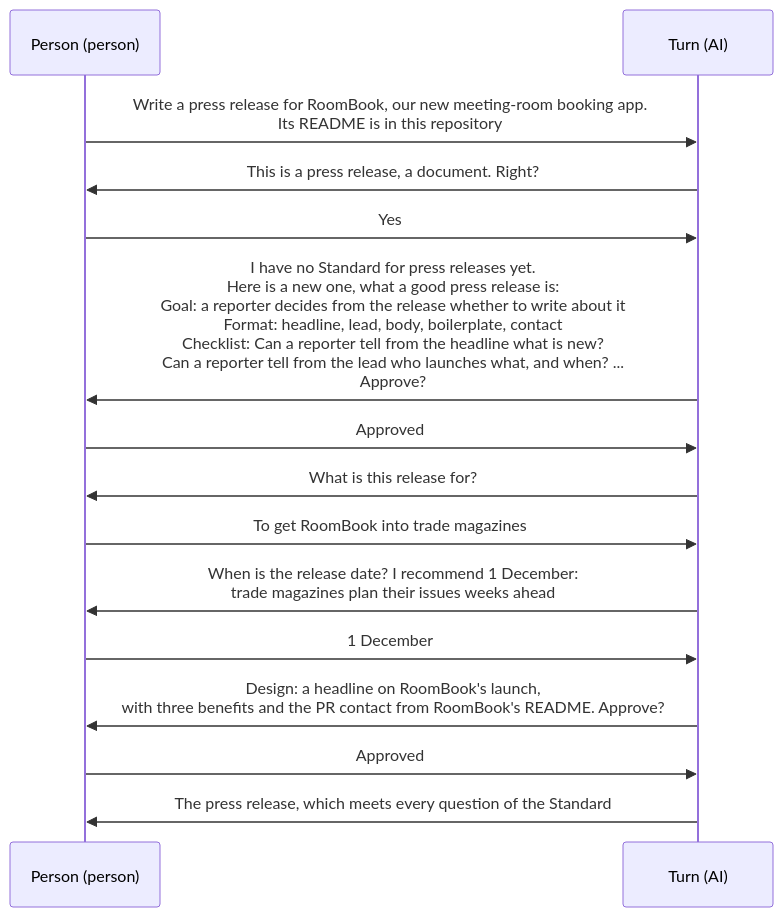
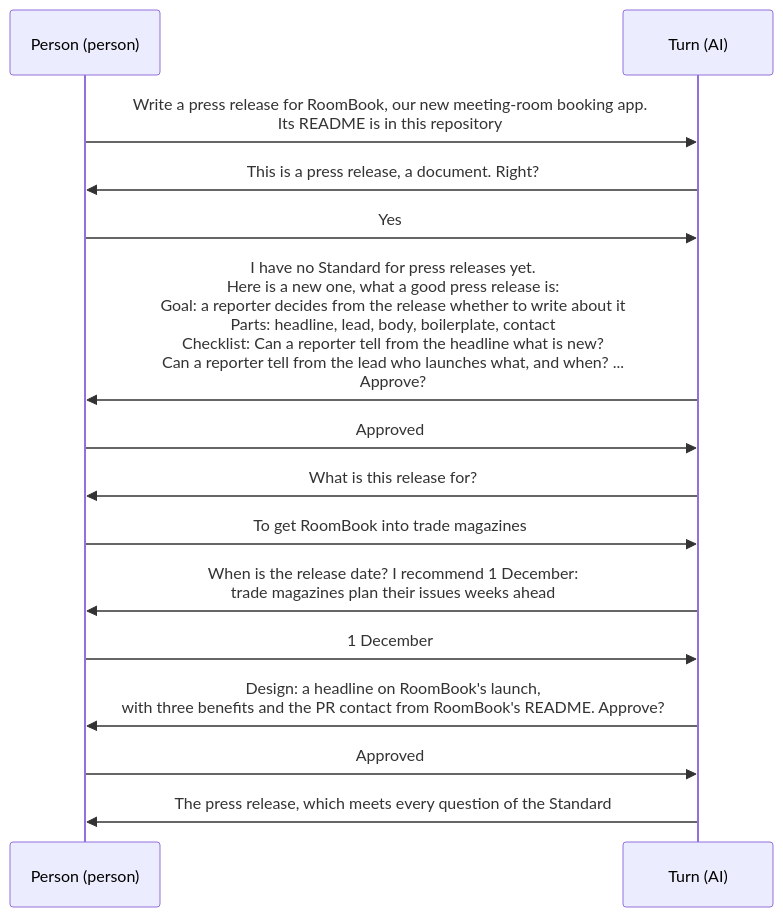
One commit to lovaizu/ccpm changed the diagram in dev/turn/ux.md. Above: the diagram before and after it, drawn with Mermaid. The commit also changed 23 other files, not shown here.

First line of the commit message:
best practices: format named parts, the questions numbered in the order the builder thinks them and the methods in the same order, one for each; practices.py checks that form and the Markdown beside each JSON, run by check.sh

````diff
--- a/dev/turn/ux.md
+++ b/dev/turn/ux.md
@@ -22,17 +22,17 @@
 ```mermaid
 sequenceDiagram
   participant P as Person (person)
   participant T as Turn (AI)
   P->>T: Write a press release for RoomBook, our new meeting-room booking app.<br/>Its README is in this repository
   T->>P: This is a press release, a document. Right?
   P->>T: Yes
-  T->>P: I have no Standard for press releases yet.<br/>Here is a new one, what a good press release is:<br/>Goal: a reporter decides from the release whether to write about it<br/>Format: headline, lead, body, boilerplate, contact<br/>Checklist: Can a reporter tell from the headline what is new?<br/>Can a reporter tell from the lead who launches what, and when? ...<br/>Approve?
+  T->>P: I have no Standard for press releases yet.<br/>Here is a new one, what a good press release is:<br/>Goal: a reporter decides from the release whether to write about it<br/>Parts: headline, lead, body, boilerplate, contact<br/>Checklist: Can a reporter tell from the headline what is new?<br/>Can a reporter tell from the lead who launches what, and when? ...<br/>Approve?
   P->>T: Approved
   T->>P: What is this release for?
   P->>T: To get RoomBook into trade magazines
   T->>P: When is the release date? I recommend 1 December:<br/>trade magazines plan their issues weeks ahead
   P->>T: 1 December
   T->>P: Design: a headline on RoomBook's launch,<br/>with three benefits and the PR contact from RoomBook's README. Approve?
   P->>T: Approved
   T->>P: The press release, which meets every question of the Standard
 ```
````
